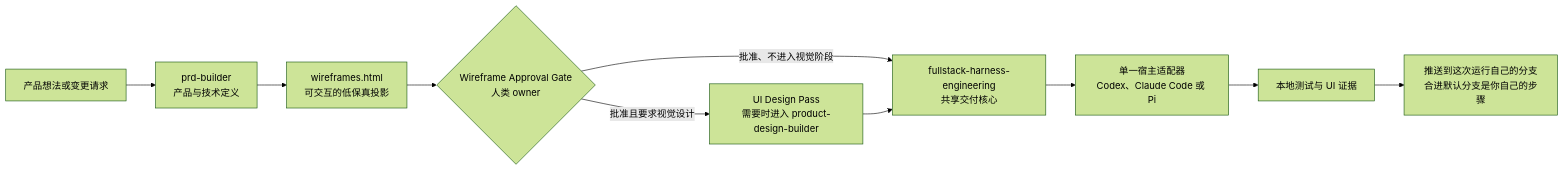
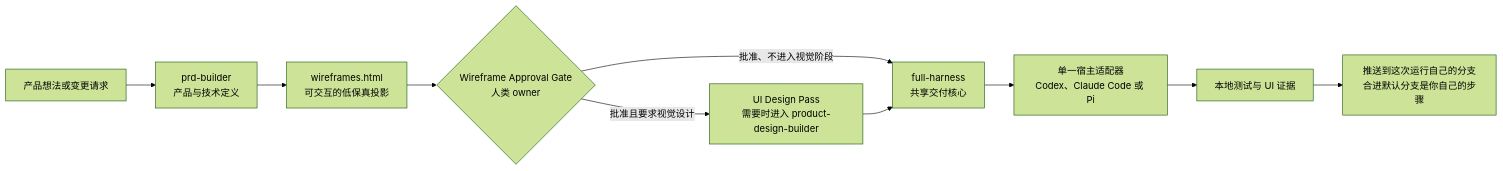
The first of 2 diagrams in README.zh-CN.md (Phlegonlabs/product-delivery-harness), drawn with Mermaid (forest theme) before and after one commit. The commit also changed other lines of this file and 178 other files, not shown here.

````diff
--- a/README.zh-CN.md
+++ b/README.zh-CN.md
@@ -69,12 +69,12 @@
 ```mermaid
 flowchart LR
   Idea["产品想法或变更请求"] --> PRD["prd-builder\n产品与技术定义"]
   PRD --> Wireframe["wireframes.html\n可交互的低保真投影"]
   Wireframe --> Gate{"Wireframe Approval Gate\n人类 owner"}
   Gate -->|"批准且要求视觉设计"| Design["UI Design Pass\n需要时进入 product-design-builder"]
-  Gate -->|"批准、不进入视觉阶段"| Harness["fullstack-harness-engineering\n共享交付核心"]
+  Gate -->|"批准、不进入视觉阶段"| Harness["full-harness\n共享交付核心"]
   Design --> Harness
   Harness --> Runtime["单一宿主适配器\nCodex、Claude Code 或 Pi"]
   Runtime --> Evidence["本地测试与 UI 证据"]
   Evidence --> Push["推送到这次运行自己的分支\n合进默认分支是你自己的步骤"]
 ```
````
